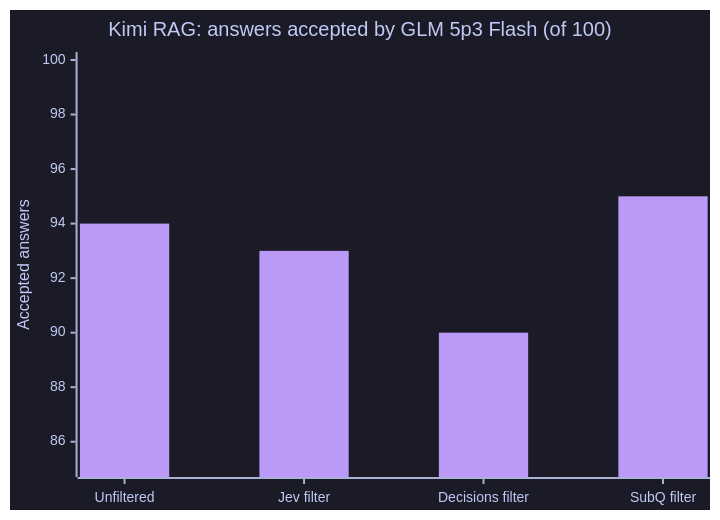
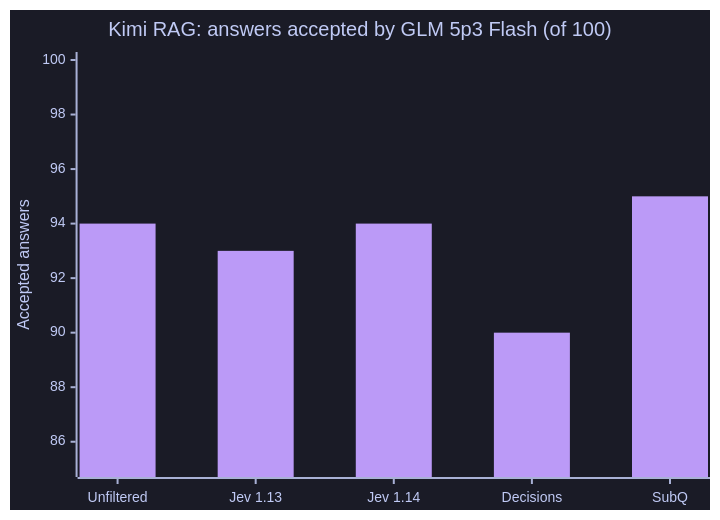
Before and after one commit to dorkitude/decision-model-testing: the second of 2 diagrams in experiments/jev-search-result-narrower/README.md, drawn with Mermaid. The commit also changed other lines of this file and 43 other files, not shown here.

First line of the commit message:
Add Jev 1.14 to every study and include order-blind decisions

````diff
--- a/experiments/jev-search-result-narrower/README.md
+++ b/experiments/jev-search-result-narrower/README.md
@@ -69,8 +70,8 @@
 ```mermaid
 %%{init: {"theme": "base", "themeVariables": {"background": "#1a1b26", "xyChart": {"backgroundColor": "#1a1b26", "titleColor": "#c0caf5", "xAxisLabelColor": "#c0caf5", "xAxisTitleColor": "#c0caf5", "xAxisLineColor": "#a9b1d6", "xAxisTickColor": "#a9b1d6", "yAxisLabelColor": "#c0caf5", "yAxisTitleColor": "#c0caf5", "yAxisLineColor": "#a9b1d6", "yAxisTickColor": "#a9b1d6", "plotColorPalette": "#bb9af7"}}}}%%
 xychart-beta
     title "Kimi RAG: answers accepted by GLM 5p3 Flash (of 100)"
-    x-axis ["Unfiltered", "Jev filter", "Decisions filter", "SubQ filter"]
+    x-axis ["Unfiltered", "Jev 1.13", "Jev 1.14", "Decisions", "SubQ"]
     y-axis "Accepted answers" 85 --> 100
-    bar [94, 93, 90, 95]
+    bar [94, 93, 94, 90, 95]
 ```
````
